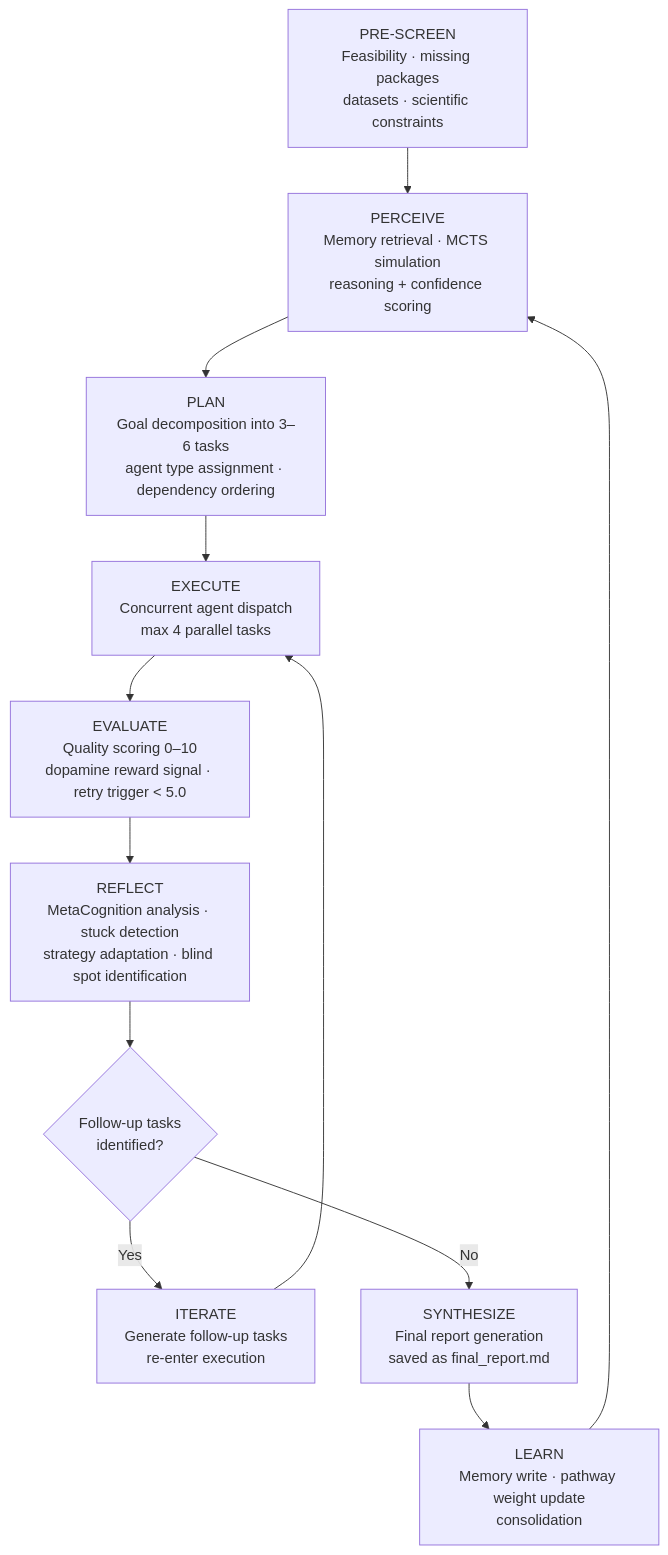
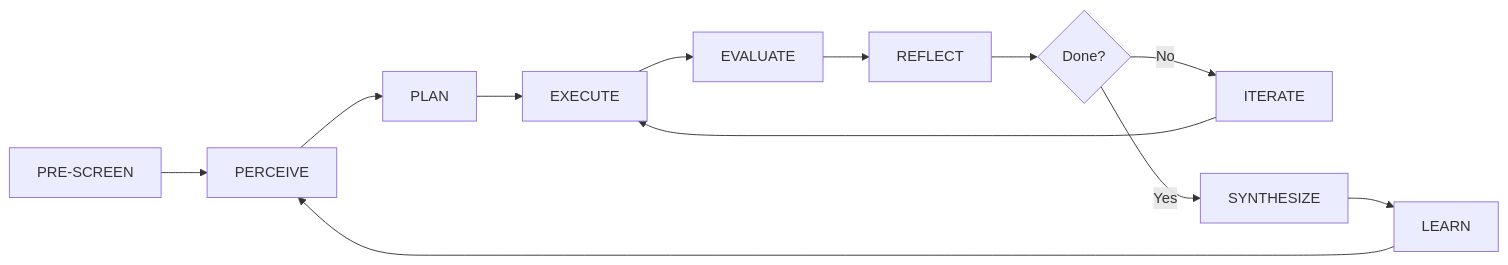
The second of 2 diagrams in README.md (joshdeansavv/CMAS), drawn with Mermaid before and after one commit. The commit also changed other lines of this file, not shown here.

````diff
--- a/README.md
+++ b/README.md
@@ -92,17 +53,7 @@
 ```mermaid
-flowchart TD
-    A["PRE-SCREEN\nFeasibility · missing packages\ndatasets · scientific constraints"]
-    B["PERCEIVE\nMemory retrieval · MCTS simulation\nreasoning + confidence scoring"]
-    C["PLAN\nGoal decomposition into 3–6 tasks\nagent type assignment · dependency ordering"]
-    D["EXECUTE\nConcurrent agent dispatch\nmax 4 parallel tasks"]
-    E["EVALUATE\nQuality scoring 0–10\ndopamine reward signal · retry trigger < 5.0"]
-    F["REFLECT\nMetaCognition analysis · stuck detection\nstrategy adaptation · blind spot identification"]
-    G{"Follow-up tasks\nidentified?"}
-    H["ITERATE\nGenerate follow-up tasks\nre-enter execution"]
-    I["SYNTHESIZE\nFinal report generation\nsaved as final_report.md"]
-    J["LEARN\nMemory write · pathway weight update\nconsolidation"]
-
-    A --> B --> C --> D --> E --> F --> G
-    G -->|Yes| H --> D
-    G -->|No| I --> J --> B
+flowchart LR
+    A[PRE-SCREEN] --> B[PERCEIVE] --> C[PLAN] --> D[EXECUTE] --> E[EVALUATE] --> F[REFLECT]
+    F --> G{Done?}
+    G -->|No| H[ITERATE] --> D
+    G -->|Yes| I[SYNTHESIZE] --> J[LEARN] --> B
 ```
````
